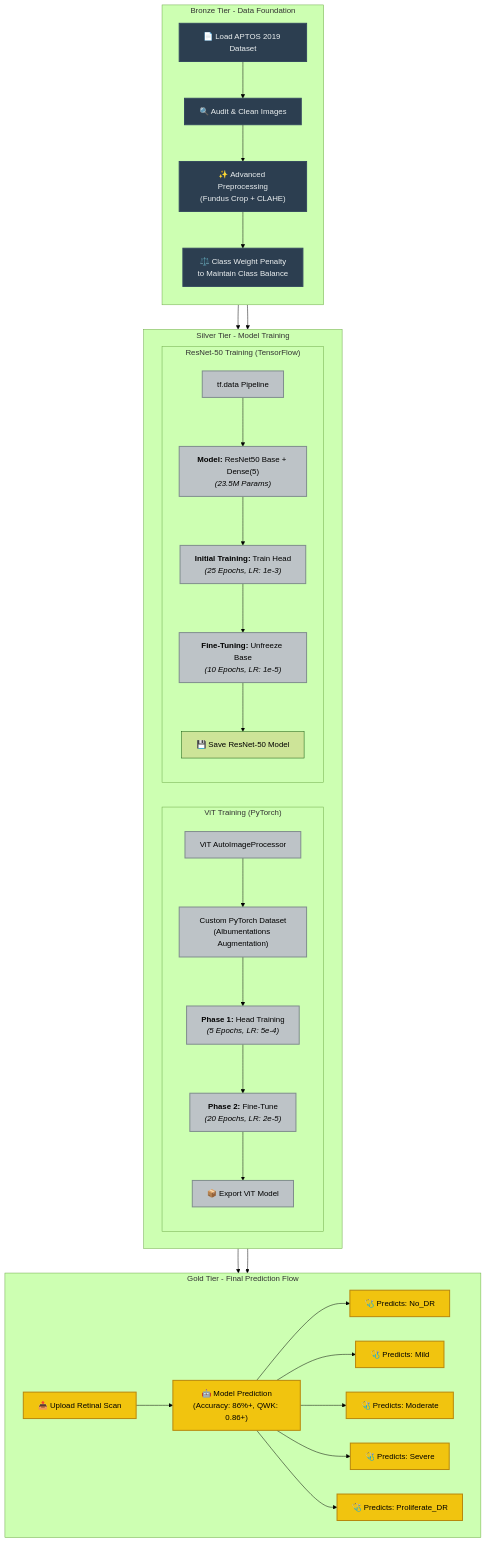
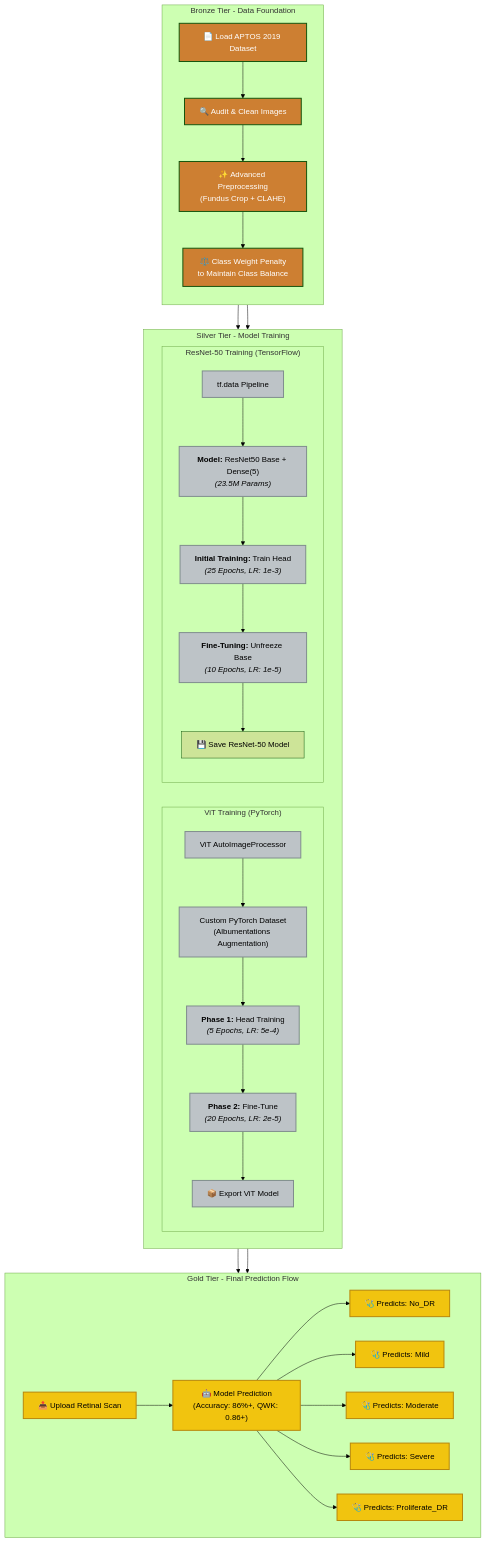
Before and after one commit to Yeshwanth-git-tech/DiabeticRetinopathy-ViT-Resnet: the diagram in README.md, drawn with Mermaid (forest theme).

Commit message:
Edit README-f

````diff
--- a/README.md
+++ b/README.md
@@ -7,56 +7,56 @@
 ```mermaid
  flowchart TB
      %% --- Style Definitions ---
-     classDef bronzeStyle fill:#2c3e50,stroke:#34495e,stroke-width:2px,color:#ecf0f1
+     classDef bronzeStyle fill:#cd7f32,stroke:#8B4S13,stroke-width:2px,color:#ffffff
      classDef silverStyle fill:#bdc3c7,stroke:#7f8c8d,stroke-width:2px,color:#000000
      classDef goldStyle fill:#f1c40f,stroke:#b8860b,stroke-width:2px,color:#000000
  
      %% --- BRONZE TIER: Data Pipeline ---
      subgraph Bronze Tier - Data Foundation
          direction TB
          A["📄 Load APTOS 2019 Dataset"] --> B["🔍 Audit & Clean Images"]
          B --> C["✨ Advanced Preprocessing<br/>(Fundus Crop + CLAHE)"]
          C --> D["⚖️ Class Weight Penalty<br/>to Maintain Class Balance"]
      end
      class A,B,C,D bronzeStyle
  
      %% --- SILVER TIER: Model Training ---
      subgraph Silver Tier - Model Training
          direction LR
  
          subgraph "ViT Training (PyTorch)"
              direction TB
              G1["ViT AutoImageProcessor"] --> G2["Custom PyTorch Dataset<br/>(Albumentations Augmentation)"]
              G2 --> G3["<b>Phase 1:</b> Head Training<br/><i>(5 Epochs, LR: 5e-4)</i>"]
              G3 --> G4["<b>Phase 2:</b> Fine-Tune<br/><i>(20 Epochs, LR: 2e-5)</i>"]
              G4 --> G5["📦 Export ViT Model"]
          end
  
          subgraph "ResNet-50 Training (TensorFlow)"
              direction TB
              H1["tf.data Pipeline"] --> H2["<b>Model:</b> ResNet50 Base + Dense(5)<br/><i>(23.5M Params)</i>"]
              H2 --> H3["<b>Initial Training:</b> Train Head<br/><i>(25 Epochs, LR: 1e-3)</i>"]
              H3 --> H4["<b>Fine-Tuning:</b> Unfreeze Base<br/><i>(10 Epochs, LR: 1e-5)</i>"]
              H4 --> H5["💾 Save ResNet-50 Model"]
          end
      end
      class G1,G2,G3,G4,G5,H1,H2,H3,H4 silverStyle
  
      %% --- GOLD TIER: Final Product ---
      subgraph Gold Tier - Final Prediction Flow
          direction LR
          I1["📤 Upload Retinal Scan"] --> I2["🤖 Model Prediction<br/>(Accuracy: 86%+, QWK: 0.86+)"]
          I2 --> I3["🩺 Predicts: No_DR"]
          I2 --> I4["🩺 Predicts: Mild"]
          I2 --> I5["🩺 Predicts: Moderate"]
          I2 --> I6["🩺 Predicts: Severe"]
          I2 --> I7["🩺 Predicts: Proliferate_DR"]
      end
      class I1,I2,I3,I4,I5,I6,I7 goldStyle
  
      %% --- Connections ---
      D --> G1
      D --> H1
      G5 --> I1
      H5 --> I1
 ```
````
